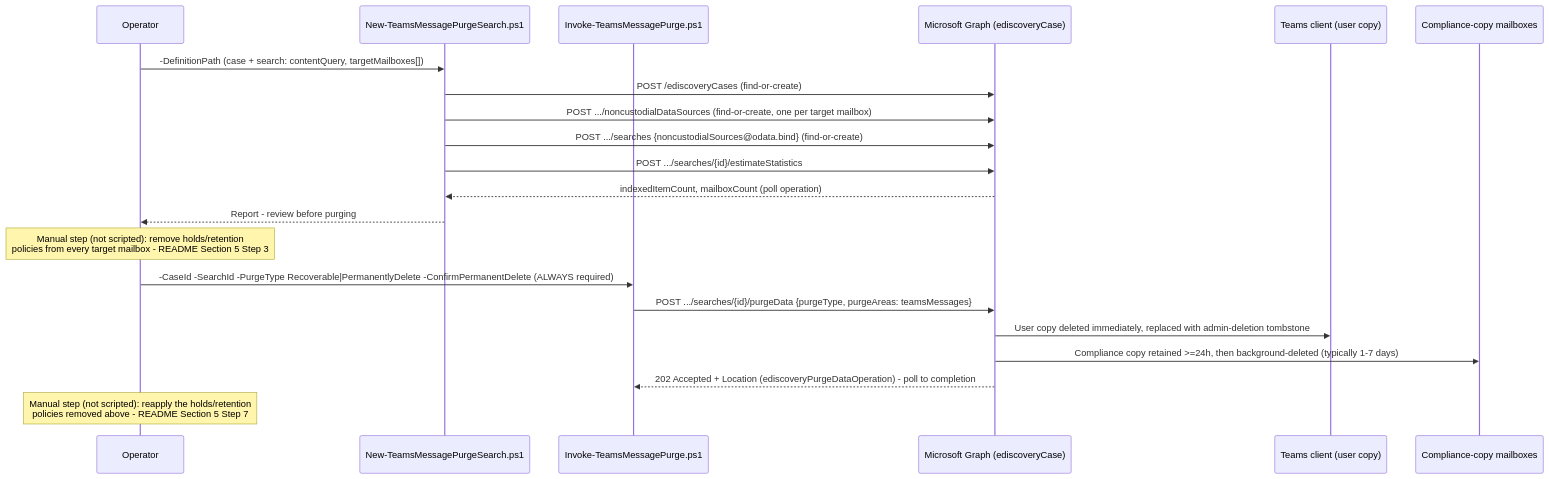
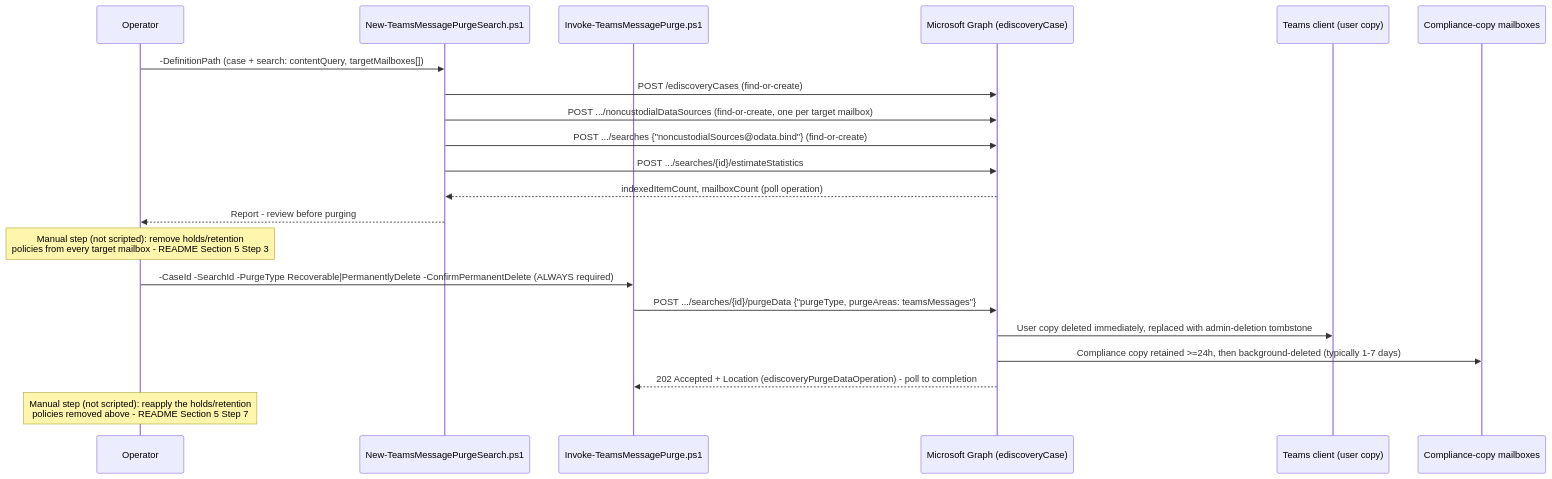
One commit to kpsec1/kpsec1.github.io changed the diagram in src/content/scenarios/ediscovery/search-and-purge-teams-messages.md. Above: the diagram before and after it, drawn with Mermaid. The commit also changed 80 other files, not shown here.

First line of the commit message:
Fix Mermaid diagram rendering across all scenarios

````diff
--- a/src/content/scenarios/ediscovery/search-and-purge-teams-messages.md
+++ b/src/content/scenarios/ediscovery/search-and-purge-teams-messages.md
@@ -62,27 +62,27 @@
 ```mermaid
 sequenceDiagram
     participant Op as Operator
     participant Search as New-TeamsMessagePurgeSearch.ps1
     participant Purge as Invoke-TeamsMessagePurge.ps1
     participant Graph as Microsoft Graph (ediscoveryCase)
     participant Teams as Teams client (user copy)
     participant Mbx as Compliance-copy mailboxes
 
     Op->>Search: -DefinitionPath (case + search: contentQuery, targetMailboxes[])
     Search->>Graph: POST /ediscoveryCases (find-or-create)
     Search->>Graph: POST .../noncustodialDataSources (find-or-create, one per target mailbox)
-    Search->>Graph: POST .../searches {noncustodialSources@odata.bind} (find-or-create)
+    Search->>Graph: POST .../searches {"noncustodialSources@odata.bind"} (find-or-create)
     Search->>Graph: POST .../searches/{id}/estimateStatistics
     Graph-->>Search: indexedItemCount, mailboxCount (poll operation)
     Search-->>Op: Report - review before purging
 
     Note over Op: Manual step (not scripted): remove holds/retention<br/>policies from every target mailbox - README Section 5 Step 3
 
     Op->>Purge: -CaseId -SearchId -PurgeType Recoverable|PermanentlyDelete -ConfirmPermanentDelete (ALWAYS required)
-    Purge->>Graph: POST .../searches/{id}/purgeData {purgeType, purgeAreas: teamsMessages}
+    Purge->>Graph: POST .../searches/{id}/purgeData {"purgeType, purgeAreas: teamsMessages"}
     Graph->>Teams: User copy deleted immediately, replaced with admin-deletion tombstone
     Graph->>Mbx: Compliance copy retained >=24h, then background-deleted (typically 1-7 days)
     Graph-->>Purge: 202 Accepted + Location (ediscoveryPurgeDataOperation) - poll to completion
 
     Note over Op: Manual step (not scripted): reapply the holds/retention<br/>policies removed above - README Section 5 Step 7
 ```
````
